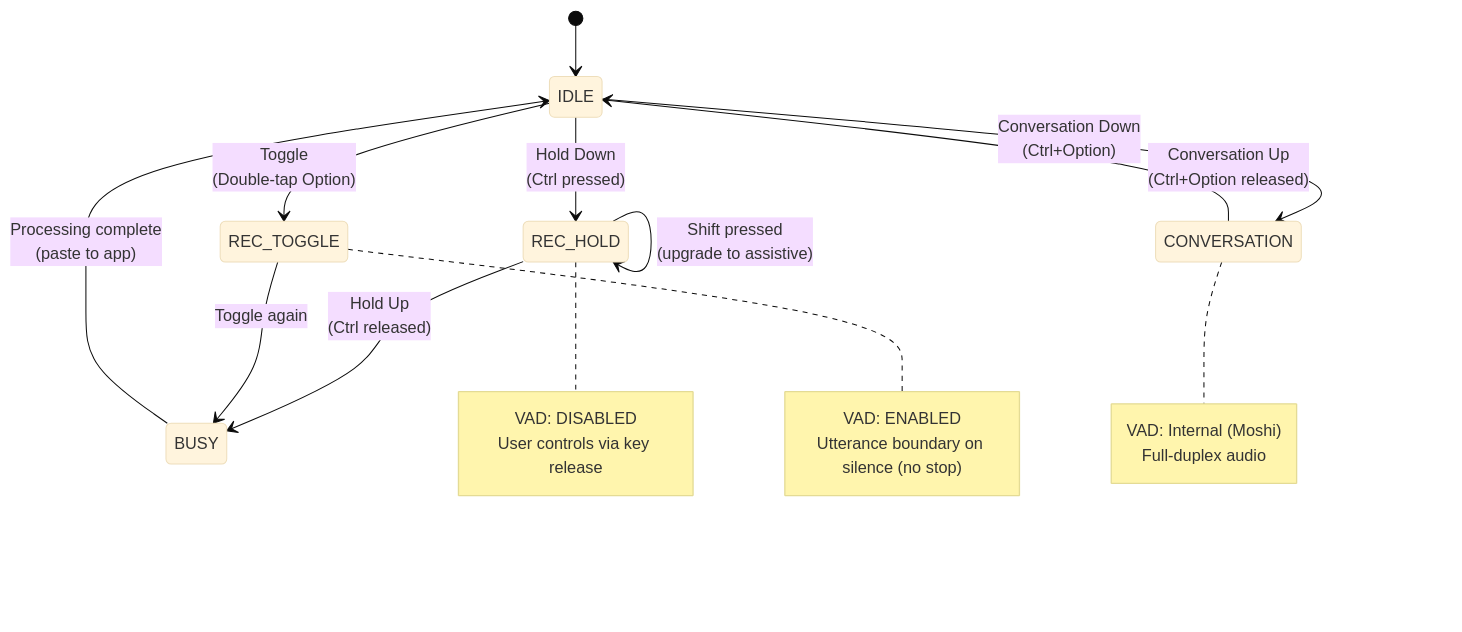
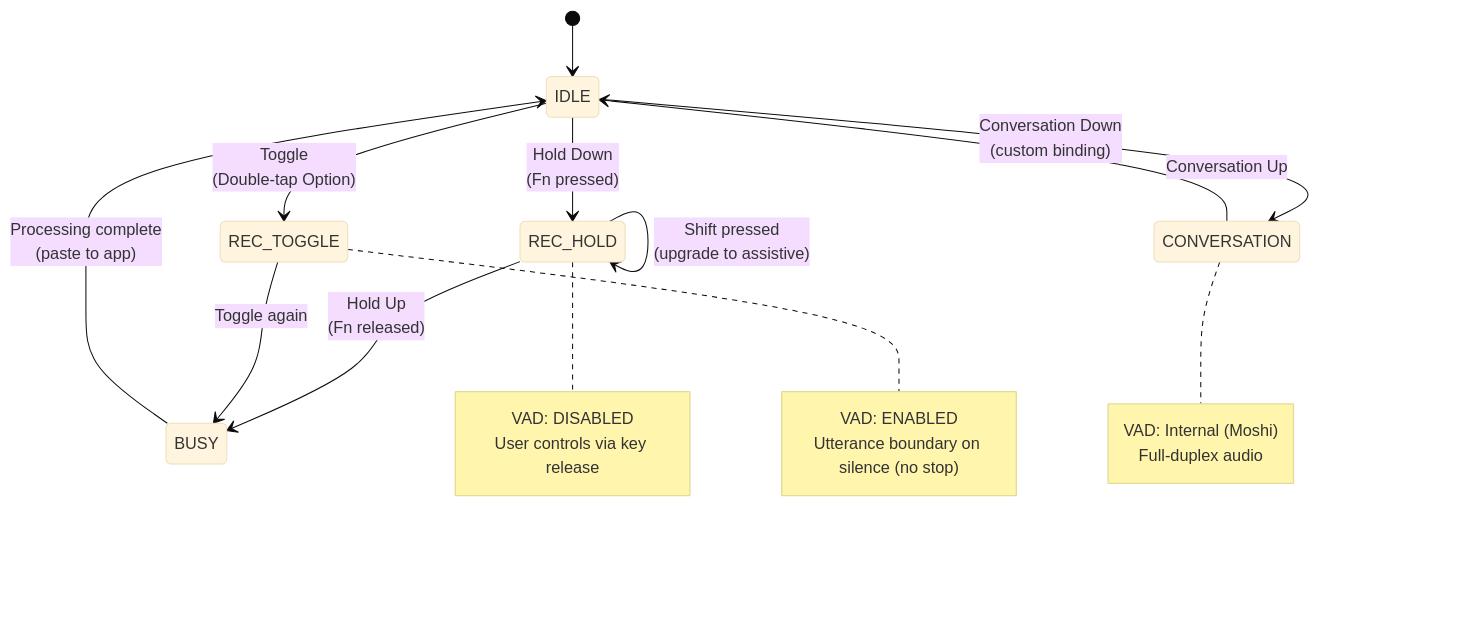
One commit to vetcoders/codescribe changed the second of 6 diagrams in docs/HOTKEYS_CONTRACT.md. Above: the diagram before and after it, drawn with Mermaid (base theme). The commit also changed other lines of this file and 14 other files, not shown here.

````diff
--- a/docs/HOTKEYS_CONTRACT.md
+++ b/docs/HOTKEYS_CONTRACT.md
@@ -121,32 +110,32 @@
 ```mermaid
 stateDiagram-v2
     [*] --> IDLE
 
-    IDLE --> REC_HOLD : Hold Down<br/>(Ctrl pressed)
+    IDLE --> REC_HOLD : Hold Down<br/>(Fn pressed)
     IDLE --> REC_TOGGLE : Toggle<br/>(Double-tap Option)
-    IDLE --> CONVERSATION : Conversation Down<br/>(Ctrl+Option)
+    IDLE --> CONVERSATION : Conversation Down<br/>(custom binding)
 
-    REC_HOLD --> BUSY : Hold Up<br/>(Ctrl released)
+    REC_HOLD --> BUSY : Hold Up<br/>(Fn released)
     REC_HOLD --> REC_HOLD : Shift pressed<br/>(upgrade to assistive)
 
     REC_TOGGLE --> BUSY : Toggle again
 
-    CONVERSATION --> IDLE : Conversation Up<br/>(Ctrl+Option released)
+    CONVERSATION --> IDLE : Conversation Up
 
     BUSY --> IDLE : Processing complete<br/>(paste to app)
 
     note right of REC_HOLD
         VAD: DISABLED
         User controls via key release
     end note
 
     note right of REC_TOGGLE
         VAD: ENABLED
         Utterance boundary on silence (no stop)
     end note
 
     note right of CONVERSATION
         VAD: Internal (Moshi)
         Full-duplex audio
     end note
 ```
````
